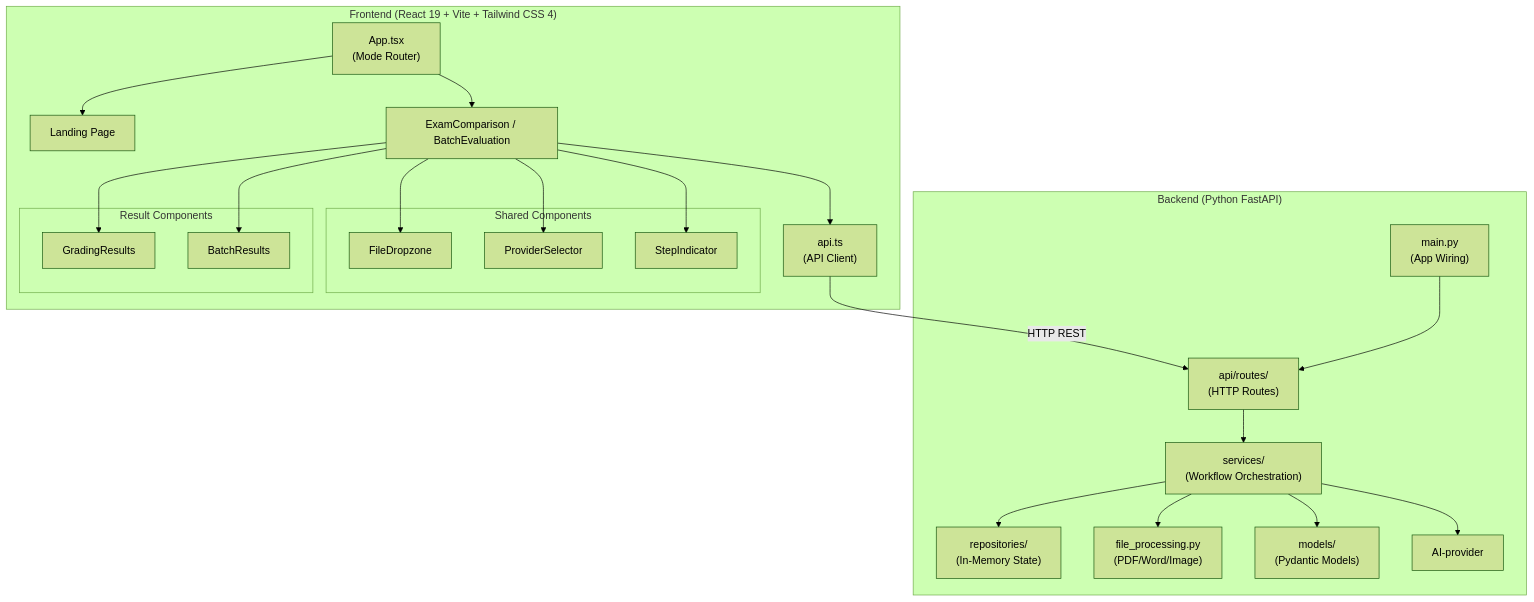
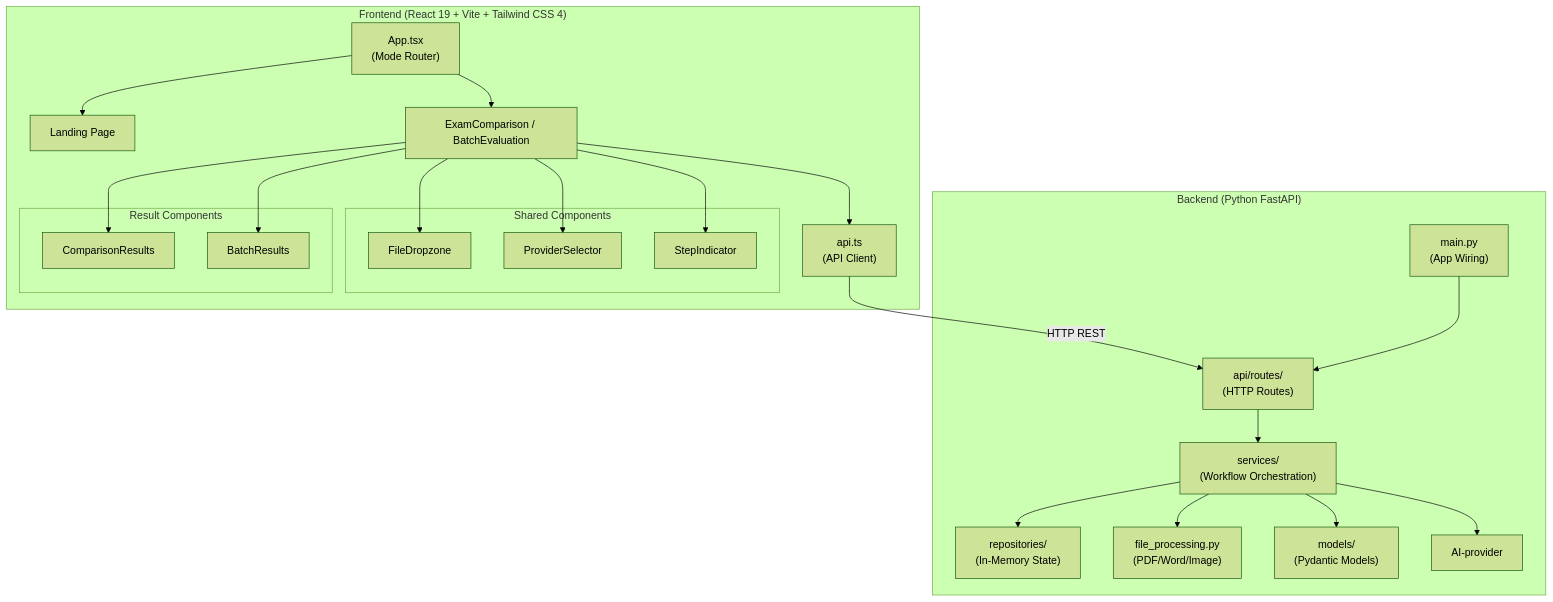
Before and after one commit to franciscosuca/exan: the first of 6 diagrams in docs/ARCHITECTURE.md, drawn with Mermaid (forest theme). The commit also changed other lines of this file and 35 other files, not shown here.

Commit message:
refactor : grading system to comparison exam feature.

````diff
--- a/docs/ARCHITECTURE.md
+++ b/docs/ARCHITECTURE.md
@@ -77,48 +77,48 @@
 ```mermaid
 graph TB
     subgraph Frontend["Frontend (React 19 + Vite + Tailwind CSS 4)"]
         App["App.tsx<br/>(Mode Router)"]
         Landing["Landing Page"]
         Eval["ExamComparison / BatchEvaluation"]
         
         subgraph SharedComponents["Shared Components"]
             FD["FileDropzone"]
             PS["ProviderSelector"]
             SI["StepIndicator"]
         end
         
         subgraph ResultComponents["Result Components"]
-            GR["GradingResults"]
+            CR["ComparisonResults"]
             BR["BatchResults"]
         end
         
         API["api.ts<br/>(API Client)"]
     end
     
     subgraph Backend["Backend (Python FastAPI)"]
         Main["main.py<br/>(App Wiring)"]
         Routers["api/routes/<br/>(HTTP Routes)"]
         Services["services/<br/>(Workflow Orchestration)"]
         Repository["repositories/<br/>(In-Memory State)"]
         FP["file_processing.py<br/>(PDF/Word/Image)"]
         Models["models/<br/>(Pydantic Models)"]
         AI["AI-provider"]
     end
 
     App --> Landing
     App --> Eval
     Eval --> FD
     Eval --> PS
     Eval --> SI
-    Eval --> GR
+    Eval --> CR
     Eval --> BR
     Eval --> API
     
     API -->|HTTP REST| Routers
     Main --> Routers
     Routers --> Services
     Services --> Repository
     Services --> FP
     Services --> Models
     Services --> AI
 ```
````
